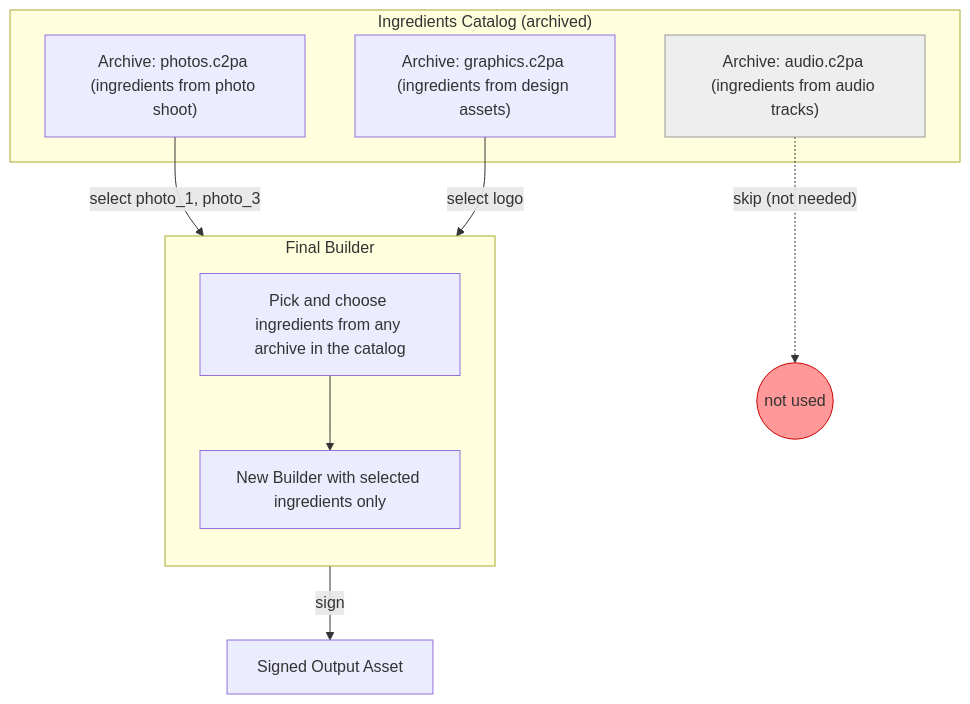
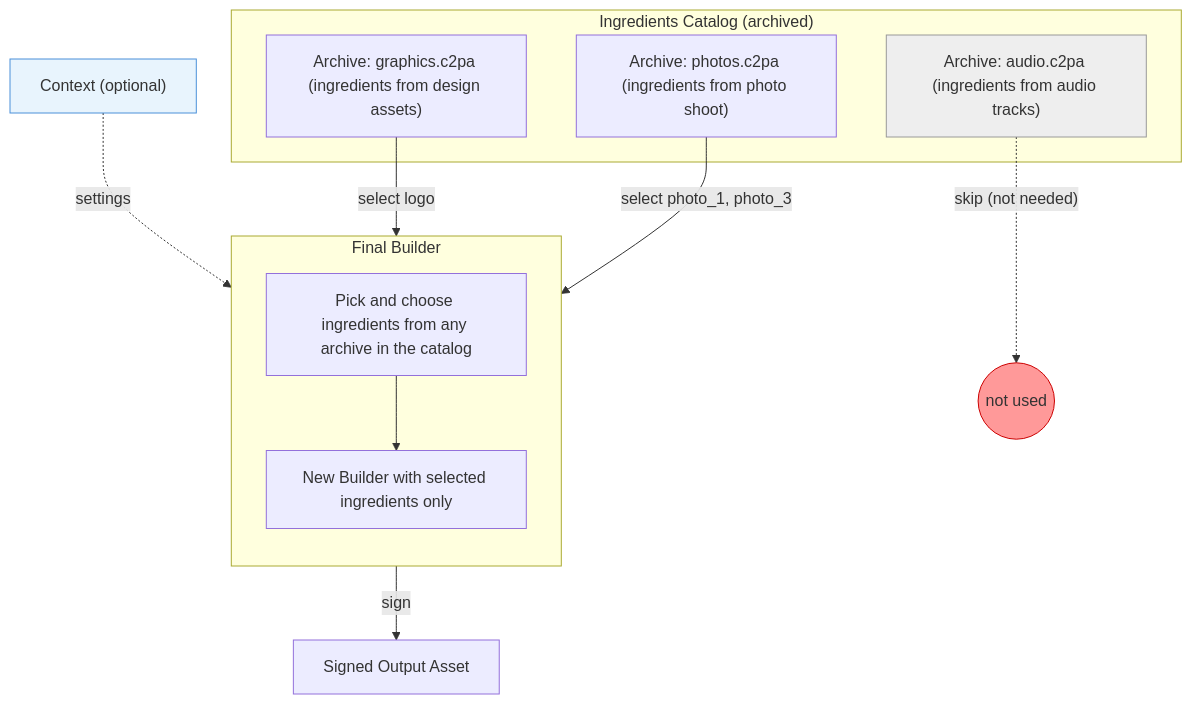
One commit to contentauth/c2pa-python changed the third of 4 diagrams in docs/tmn-wip-docs/selective-manifests.md. Above: the diagram before and after it, drawn with Mermaid. The commit also changed other lines of this file, not shown here.

````diff
--- a/docs/tmn-wip-docs/selective-manifests.md
+++ b/docs/tmn-wip-docs/selective-manifests.md
@@ -450,21 +453,24 @@
 ```mermaid
 flowchart TD
     subgraph Catalog["Ingredients Catalog (archived)"]
         A1["Archive: photos.c2pa (ingredients from photo shoot)"]
         A2["Archive: graphics.c2pa (ingredients from design assets)"]
         A3["Archive: audio.c2pa (ingredients from audio tracks)"]
     end
+    CTX["Context (optional)"]
     subgraph Build["Final Builder"]
         direction TB
         SEL["Pick and choose ingredients from any archive in the catalog"]
         FB["New Builder with selected ingredients only"]
     end
     A1 -->|"select photo_1, photo_3"| SEL
     A2 -->|"select logo"| SEL
     A3 -. "skip (not needed)" .-> X((not used))
+    CTX -.->|"settings"| FB
     SEL --> FB
     FB -->|sign| OUT[Signed Output Asset]
 
     style A3 fill:#eee,stroke:#999
     style X fill:#f99,stroke:#c00
+    style CTX fill:#e8f4fd,stroke:#4a90d9
 ```
````
